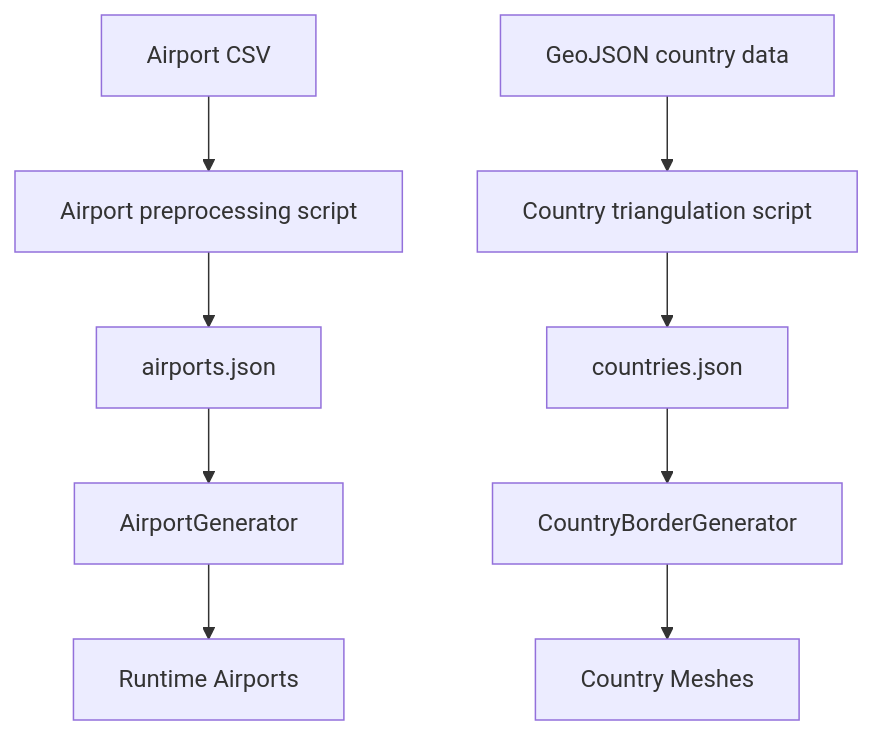
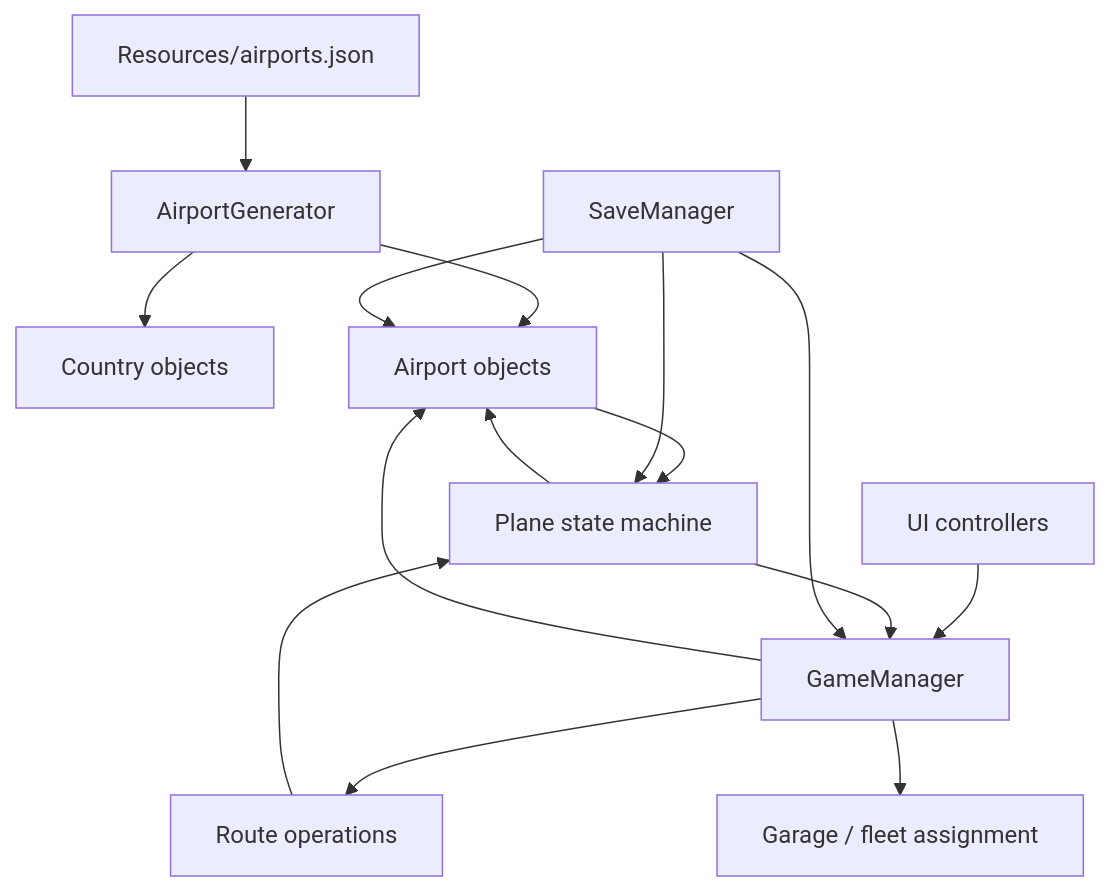
One commit to Pval-Dev/transit-empire changed the diagram in docs/architecture.md. Above: the diagram before and after it, drawn with Mermaid. The commit also changed other lines of this file and 50 other files, not shown here.

````diff
--- a/docs/architecture.md
+++ b/docs/architecture.md
@@ -85,11 +7,20 @@
 ```mermaid
 flowchart TD
-    CSV["Airport CSV"] --> PyAirports["Airport preprocessing script"]
-    Geo["GeoJSON country data"] --> PyCountries["Country triangulation script"]
-    PyAirports --> AirportsJson["airports.json"]
-    PyCountries --> CountriesJson["countries.json"]
-    AirportsJson --> AirportGenerator["AirportGenerator"]
-    CountriesJson --> CountryBorderGenerator["CountryBorderGenerator"]
-    AirportGenerator --> RuntimeAirports["Runtime Airports"]
-    CountryBorderGenerator --> RuntimeCountries["Country Meshes"]
+    JSON["Resources/airports.json"] --> Generator["AirportGenerator"]
+    Generator --> Country["Country objects"]
+    Generator --> Airport["Airport objects"]
+
+    UI["UI controllers"] --> GM["GameManager"]
+    GM --> Airport
+    GM --> Route["Route operations"]
+    GM --> Fleet["Garage / fleet assignment"]
+
+    Route --> Plane["Plane state machine"]
+    Airport --> Plane
+    Plane --> GM
+    Plane --> Airport
+
+    Save["SaveManager"] --> GM
+    Save --> Airport
+    Save --> Plane
 ```
````
